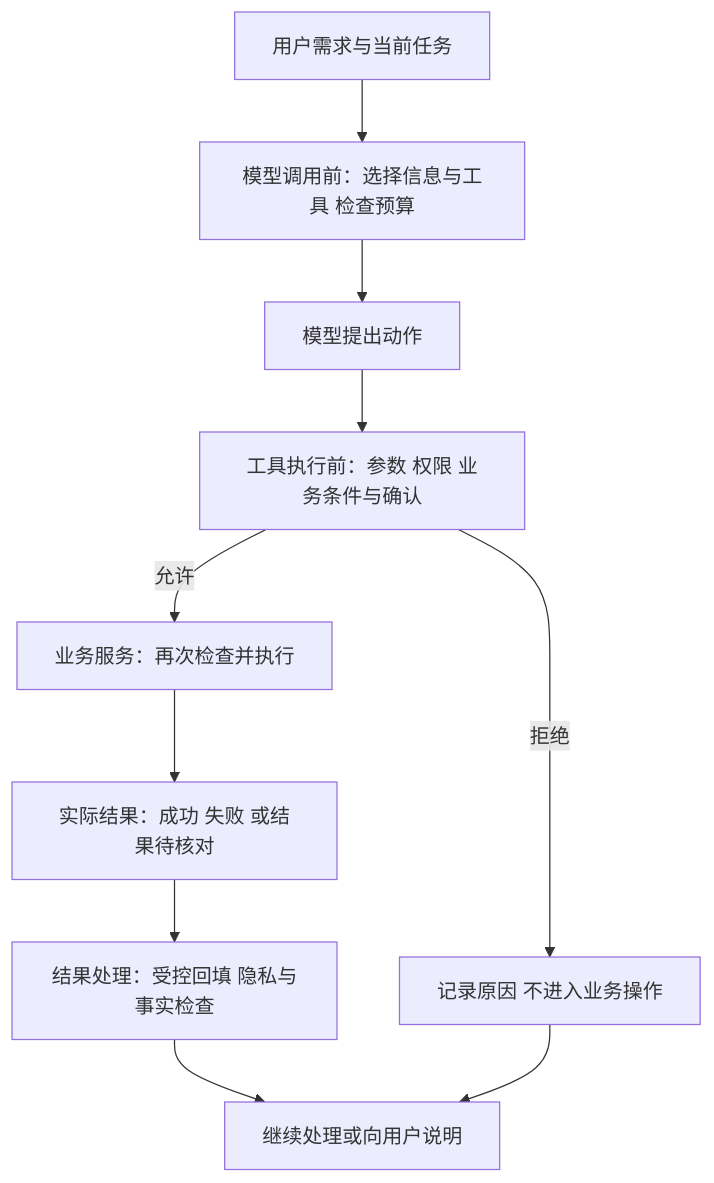
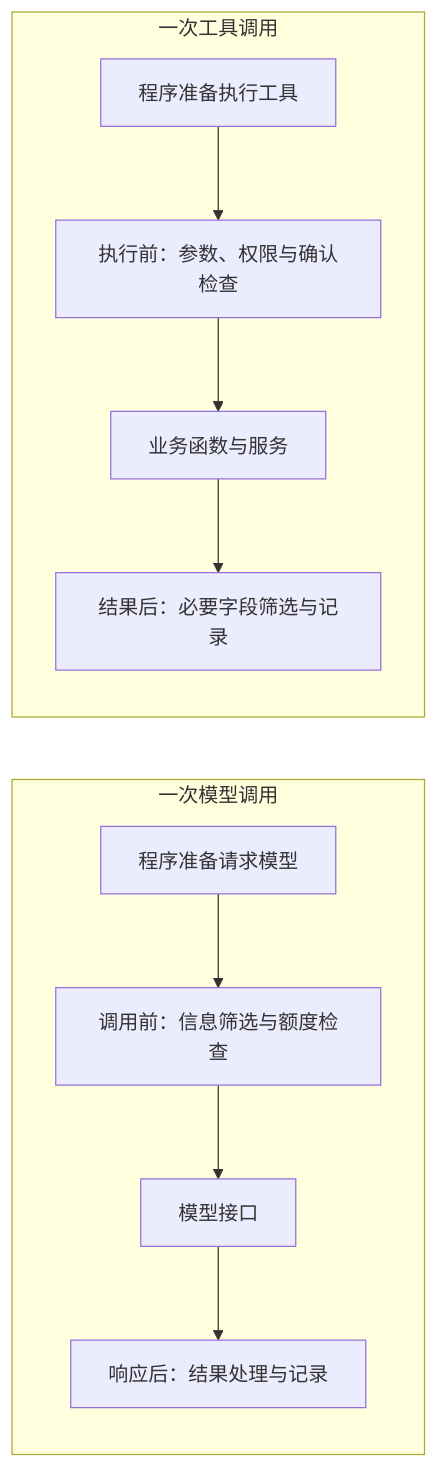
The first of 6 diagrams in 18-安全护栏与中间件不要让Agent乱跑.md (benx92/ai-learning-notes), drawn with Mermaid before and after one commit. The commit also changed other lines of this file and 76 other files, not shown here.

````diff
--- a/18-安全护栏与中间件不要让Agent乱跑.md
+++ b/18-安全护栏与中间件不要让Agent乱跑.md
@@ -11,12 +19,13 @@
 ```mermaid
-flowchart TD
-    U[用户需求与当前任务] --> MI[模型调用前：选择信息与工具 检查预算]
-    MI --> M[模型提出动作]
-    M --> TI[工具执行前：参数 权限 业务条件与确认]
-    TI -->|拒绝| D[记录原因 不进入业务操作]
-    TI -->|允许| B[业务服务：再次检查并执行]
-    B --> R[实际结果：成功 失败 或结果待核对]
-    R --> O[结果处理：受控回填 隐私与事实检查]
-    O --> F[继续处理或向用户说明]
-    D --> F
+flowchart LR
+    subgraph MODEL[一次模型调用]
+        A[程序准备请求模型] --> B[调用前：信息筛选与额度检查]
+        B --> C[模型接口]
+        C --> D[响应后：结果处理与记录]
+    end
+    subgraph TOOL[一次工具调用]
+        E[程序准备执行工具] --> F[执行前：参数、权限与确认检查]
+        F --> G[业务函数与服务]
+        G --> H[结果后：必要字段筛选与记录]
+    end
 ```
````
